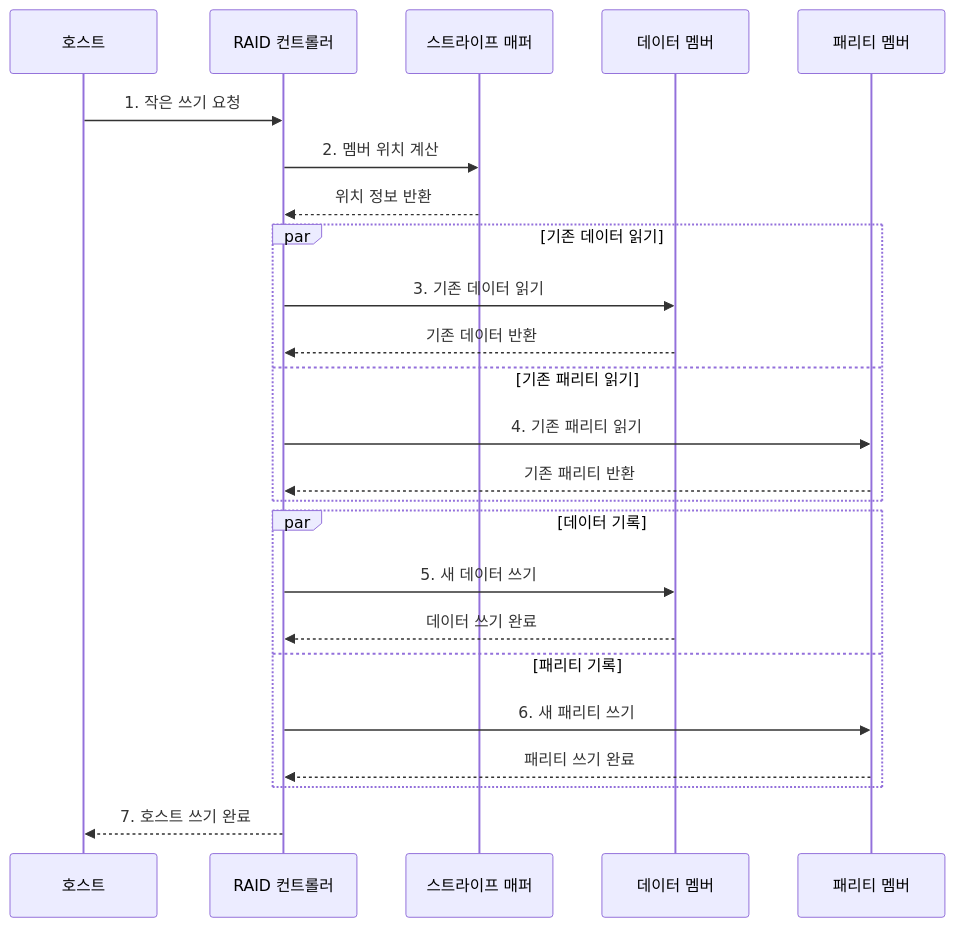
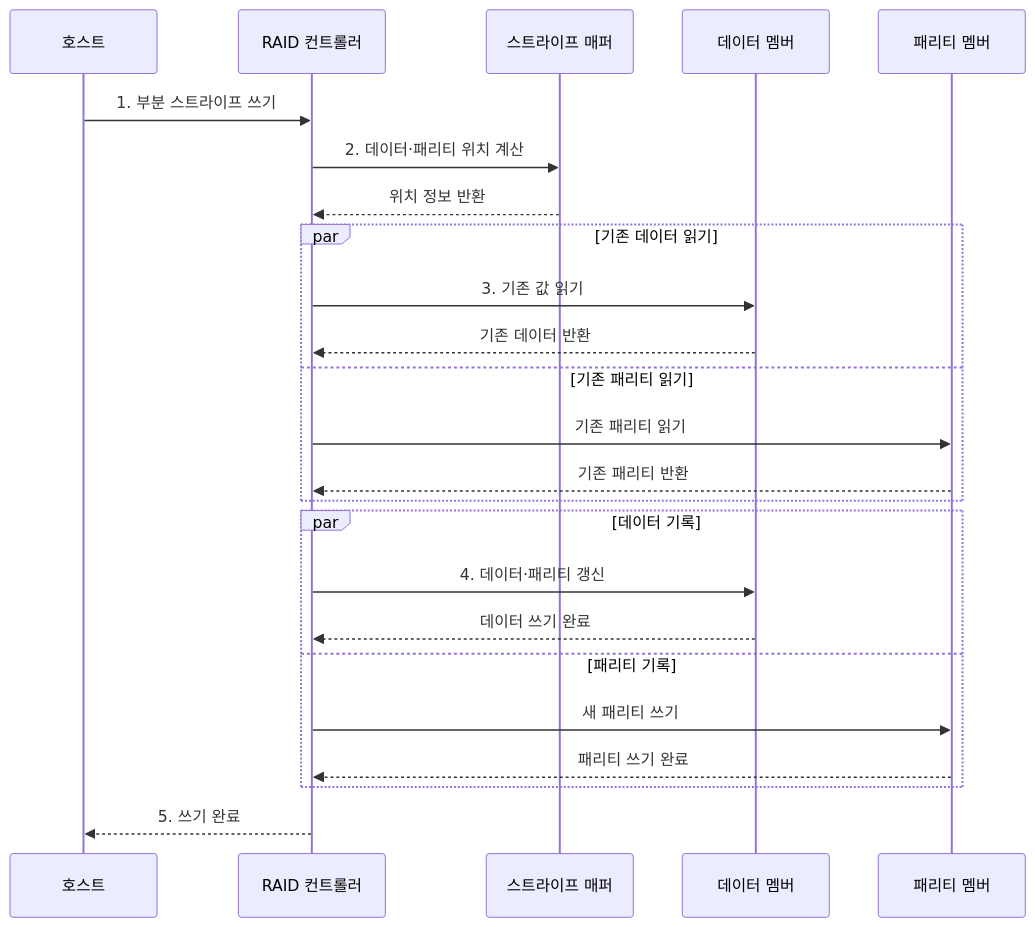
Before and after one commit to agnusdei1207/knowledge-base: the second of 2 diagrams in src/content/docs/notes/02-hardware/032_raid_levels.md, drawn with Mermaid. The commit also changed other lines of this file and 86 other files, not shown here.

````diff
--- a/src/content/docs/notes/02-hardware/032_raid_levels.md
+++ b/src/content/docs/notes/02-hardware/032_raid_levels.md
@@ -96,27 +96,27 @@
 ```mermaid
 sequenceDiagram
     participant H as 호스트
     participant C as RAID 컨트롤러
     participant M as 스트라이프 매퍼
     participant D as 데이터 멤버
     participant P as 패리티 멤버
 
-    H->>C: 1. 작은 쓰기 요청
-    C->>M: 2. 멤버 위치 계산
+    H->>C: 1. 부분 스트라이프 쓰기
+    C->>M: 2. 데이터·패리티 위치 계산
     M-->>C: 위치 정보 반환
     par 기존 데이터 읽기
-        C->>D: 3. 기존 데이터 읽기
+        C->>D: 3. 기존 값 읽기
         D-->>C: 기존 데이터 반환
     and 기존 패리티 읽기
-        C->>P: 4. 기존 패리티 읽기
+        C->>P: 기존 패리티 읽기
         P-->>C: 기존 패리티 반환
     end
     par 데이터 기록
-        C->>D: 5. 새 데이터 쓰기
+        C->>D: 4. 데이터·패리티 갱신
         D-->>C: 데이터 쓰기 완료
     and 패리티 기록
-        C->>P: 6. 새 패리티 쓰기
+        C->>P: 새 패리티 쓰기
         P-->>C: 패리티 쓰기 완료
     end
-    C-->>H: 7. 호스트 쓰기 완료
+    C-->>H: 5. 쓰기 완료
 ```
````
